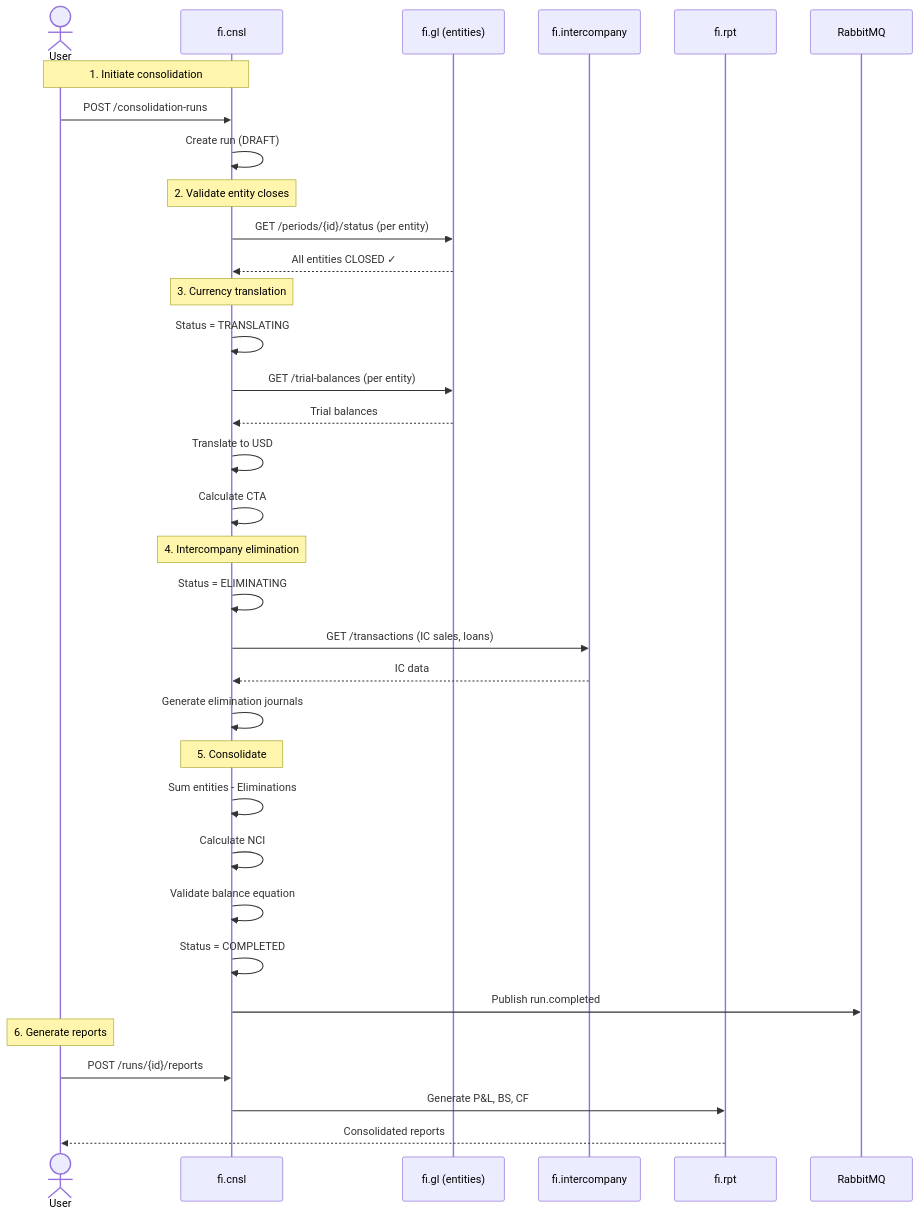
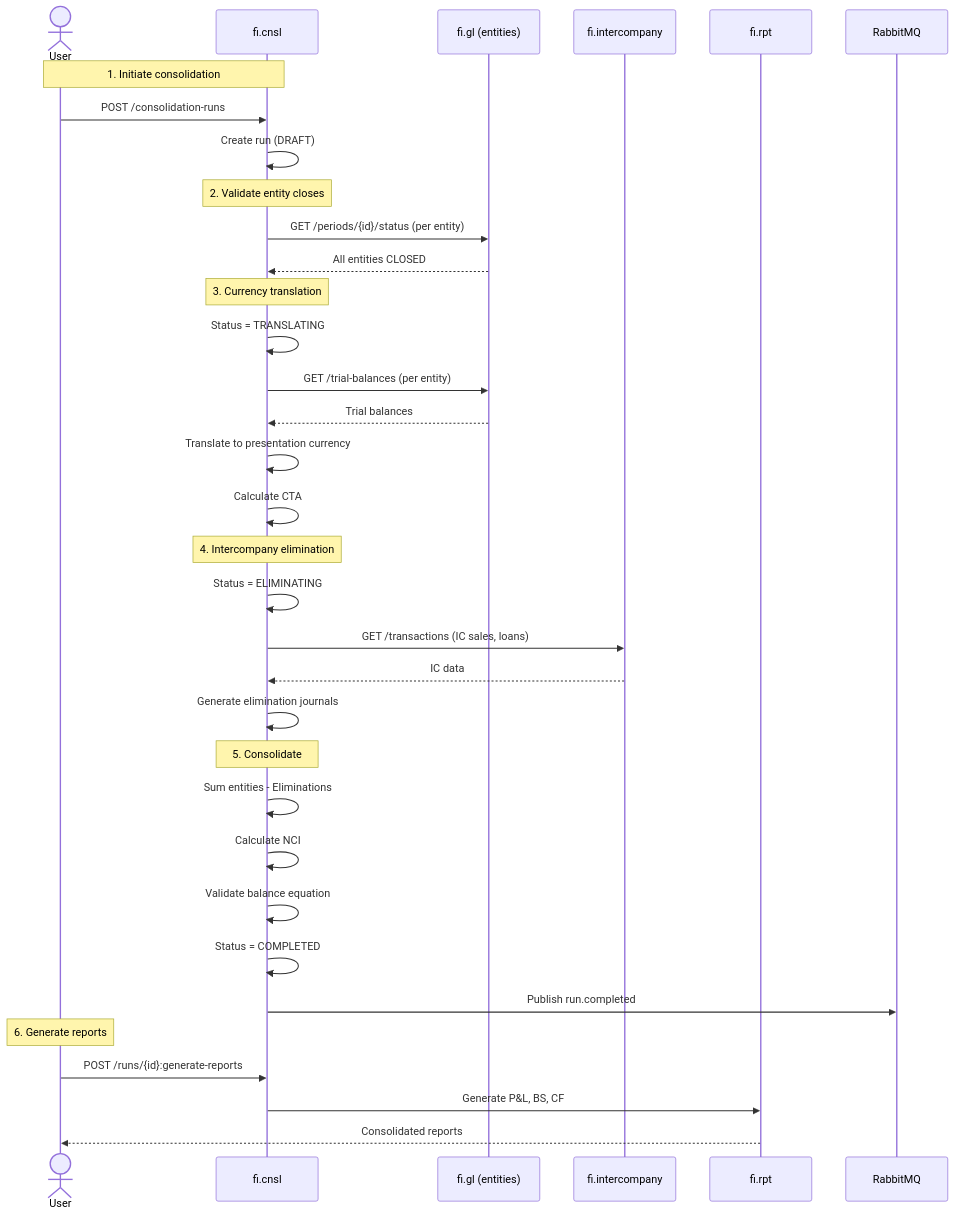
The sixth of 8 diagrams in T3_Domains/FI/domain-specs/ext/fi_cnsl-spec.md (openleap-io/io.openleap.dev.spec), drawn with Mermaid before and after one commit. The commit also changed other lines of this file and 54 other files, not shown here.

````diff
--- a/T3_Domains/FI/domain-specs/ext/fi_cnsl-spec.md
+++ b/T3_Domains/FI/domain-specs/ext/fi_cnsl-spec.md
@@ -807,42 +1387,42 @@
 ```mermaid
 sequenceDiagram
     actor User
     participant CONSOL as fi.cnsl
     participant GL as fi.gl (entities)
     participant IC as fi.intercompany
     participant RPT as fi.rpt
     participant MQ as RabbitMQ
     
     Note over User,CONSOL: 1. Initiate consolidation
     User->>CONSOL: POST /consolidation-runs
     CONSOL->>CONSOL: Create run (DRAFT)
     
     Note over CONSOL: 2. Validate entity closes
     CONSOL->>GL: GET /periods/{id}/status (per entity)
-    GL-->>CONSOL: All entities CLOSED ✓
+    GL-->>CONSOL: All entities CLOSED
     
     Note over CONSOL: 3. Currency translation
     CONSOL->>CONSOL: Status = TRANSLATING
     CONSOL->>GL: GET /trial-balances (per entity)
     GL-->>CONSOL: Trial balances
-    CONSOL->>CONSOL: Translate to USD
+    CONSOL->>CONSOL: Translate to presentation currency
     CONSOL->>CONSOL: Calculate CTA
     
     Note over CONSOL: 4. Intercompany elimination
     CONSOL->>CONSOL: Status = ELIMINATING
     CONSOL->>IC: GET /transactions (IC sales, loans)
     IC-->>CONSOL: IC data
     CONSOL->>CONSOL: Generate elimination journals
     
     Note over CONSOL: 5. Consolidate
     CONSOL->>CONSOL: Sum entities - Eliminations
     CONSOL->>CONSOL: Calculate NCI
     CONSOL->>CONSOL: Validate balance equation
     CONSOL->>CONSOL: Status = COMPLETED
     CONSOL->>MQ: Publish run.completed
     
     Note over User: 6. Generate reports
-    User->>CONSOL: POST /runs/{id}/reports
+    User->>CONSOL: POST /runs/{id}:generate-reports
     CONSOL->>RPT: Generate P&L, BS, CF
     RPT-->>User: Consolidated reports
 ```
````
